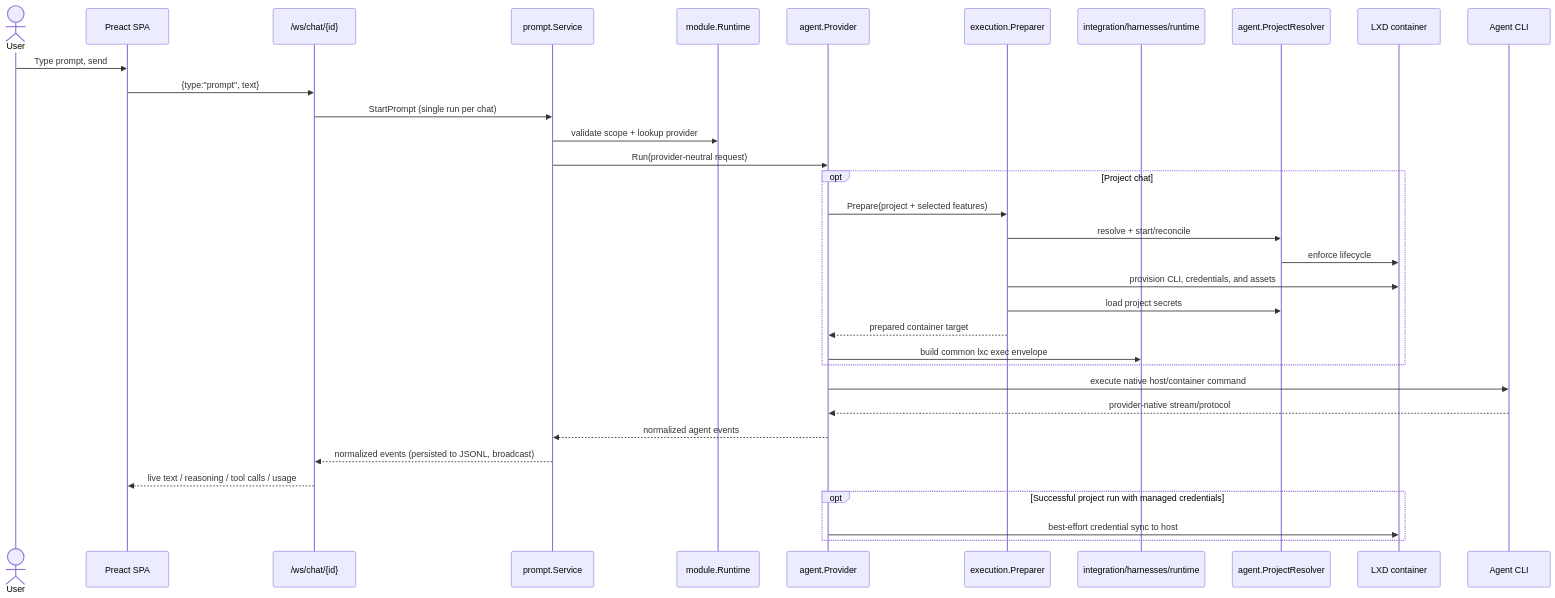
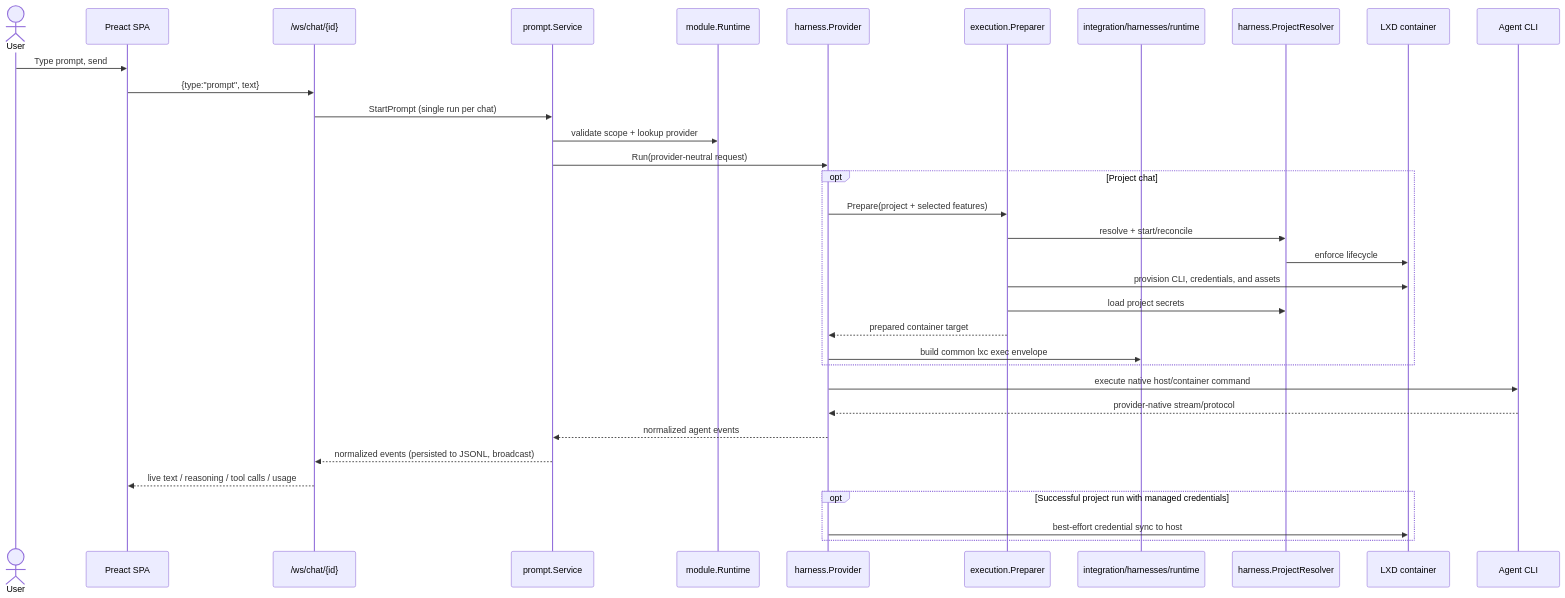
One commit to futrx-com/remote.futrx changed the second of 2 diagrams in ARCHITECTURE.md. Above: the diagram before and after it, drawn with Mermaid. The commit also changed other lines of this file and 66 other files, not shown here.

First line of the commit message:
refactor(harness): align remaining agent names with harness vocabulary

````diff
--- a/ARCHITECTURE.md
+++ b/ARCHITECTURE.md
@@ -144,37 +144,37 @@
 ```mermaid
 sequenceDiagram
     actor User
     participant SPA as Preact SPA
     participant WS as /ws/chat/{id}
     participant Prompt as prompt.Service
     participant Runtime as module.Runtime
-    participant Provider as agent.Provider
+    participant Provider as harness.Provider
     participant Prep as execution.Preparer
     participant Cmd as integration/harnesses/runtime
-    participant Projects as agent.ProjectResolver
+    participant Projects as harness.ProjectResolver
     participant LXD as LXD container
     participant CLI as Agent CLI
 
     User->>SPA: Type prompt, send
     SPA->>WS: {type:"prompt", text}
     WS->>Prompt: StartPrompt (single run per chat)
     Prompt->>Runtime: validate scope + lookup provider
     Prompt->>Provider: Run(provider-neutral request)
     opt Project chat
         Provider->>Prep: Prepare(project + selected features)
         Prep->>Projects: resolve + start/reconcile
         Projects->>LXD: enforce lifecycle
         Prep->>LXD: provision CLI, credentials, and assets
         Prep->>Projects: load project secrets
         Prep-->>Provider: prepared container target
         Provider->>Cmd: build common lxc exec envelope
     end
     Provider->>CLI: execute native host/container command
     CLI-->>Provider: provider-native stream/protocol
     Provider-->>Prompt: normalized agent events
     Prompt-->>WS: normalized events (persisted to JSONL, broadcast)
     WS-->>SPA: live text / reasoning / tool calls / usage
     opt Successful project run with managed credentials
         Provider->>LXD: best-effort credential sync to host
     end
 ```
````
